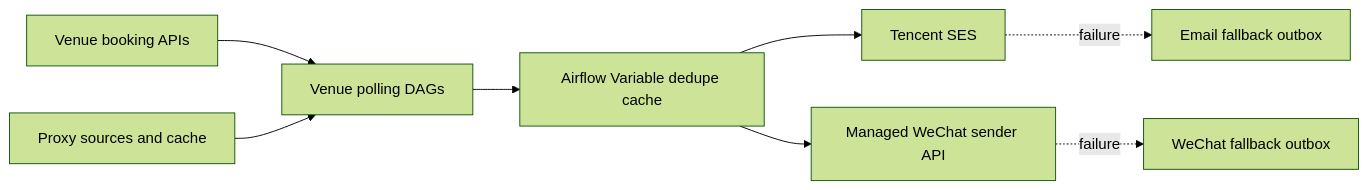
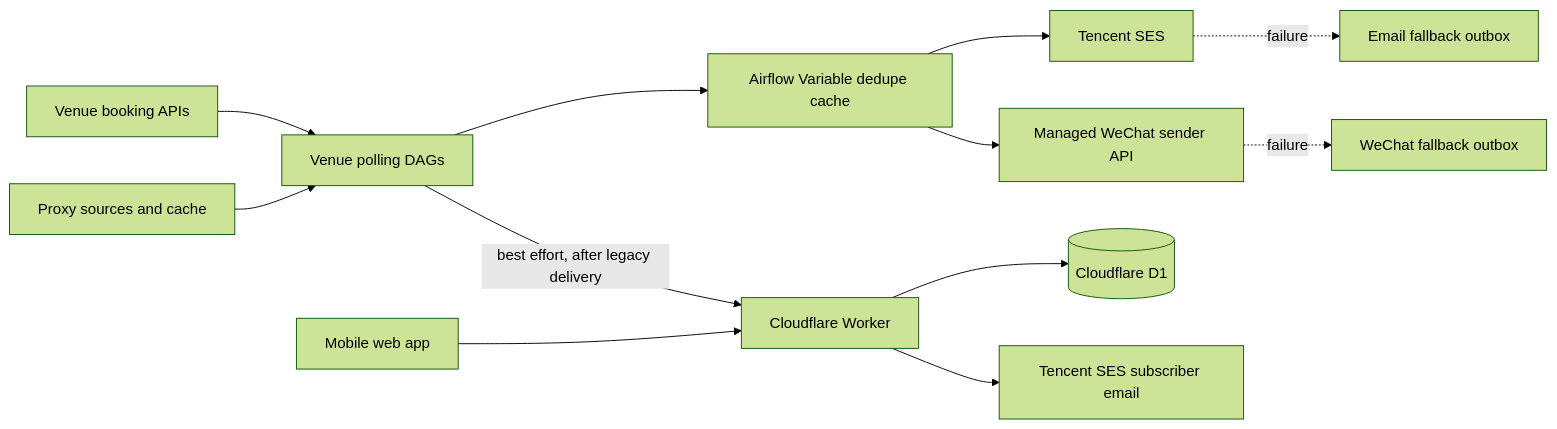
Before and after one commit to claude89757/wechat-on-airflow: the first of 2 diagrams in ARCHITECTURE.md, drawn with Mermaid (forest theme). The commit also changed other lines of this file and 78 other files, not shown here.

Commit message:
feat: add tennis availability subscription web app

````diff
--- a/ARCHITECTURE.md
+++ b/ARCHITECTURE.md
@@ -5,10 +5,14 @@
 ```mermaid
 flowchart LR
     API["Venue booking APIs"] --> DAG["Venue polling DAGs"]
     Proxy["Proxy sources and cache"] --> DAG
     DAG --> Cache["Airflow Variable dedupe cache"]
     Cache --> Email["Tencent SES"]
     Cache --> WeChat["Managed WeChat sender API"]
+    DAG -->|"best effort, after legacy delivery"| Worker["Cloudflare Worker"]
+    Web["Mobile web app"] --> Worker
+    Worker --> D1[("Cloudflare D1")]
+    Worker --> SubscriberEmail["Tencent SES subscriber email"]
     Email -. failure .-> EmailOutbox["Email fallback outbox"]
     WeChat -. failure .-> WeChatOutbox["WeChat fallback outbox"]
 ```
````
